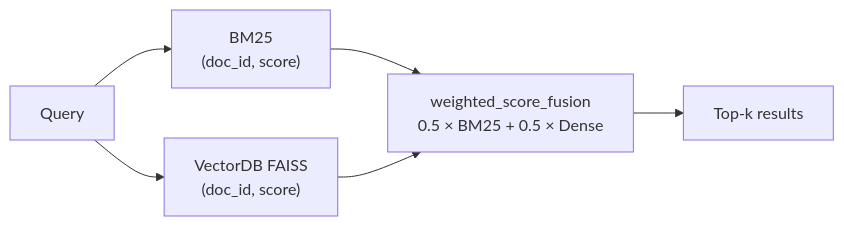
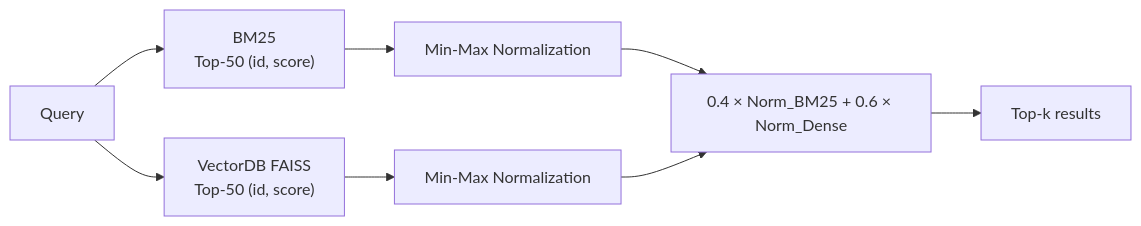
Before and after one commit to Murali47k/DS5603_IR_Project: the third of 5 diagrams in src/optimisations/README.md, drawn with Mermaid. The commit also changed other lines of this file and 1 other file, not shown here.

Commit message:
docs: update root and optimisation READMEs with new benchmark metrics and pipeline diagrams

````diff
--- a/src/optimisations/README.md
+++ b/src/optimisations/README.md
@@ -80,7 +81,9 @@
 ```mermaid
 flowchart LR
-    Q[Query] --> B["BM25 <br> (doc_id, score)"]
-    Q --> D["VectorDB FAISS <br> (doc_id, score)"]
-    B & D --> W["weighted_score_fusion <br> 0.5 × BM25 + 0.5 × Dense"]
+    Q[Query] --> B["BM25 <br> Top-50 (id, score)"]
+    Q --> D["VectorDB FAISS <br> Top-50 (id, score)"]
+    B --> NB["Min-Max Normalization"]
+    D --> ND["Min-Max Normalization"]
+    NB & ND --> W["0.4 × Norm_BM25 + 0.6 × Norm_Dense"]
     W --> OUT["Top-k results"]
 ```
````
